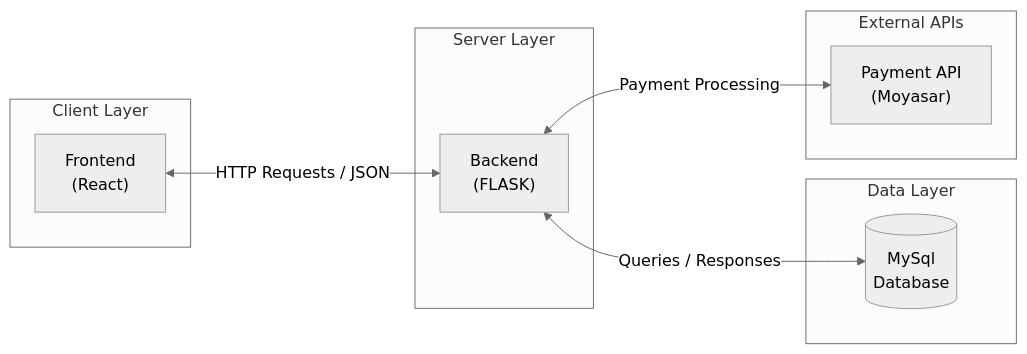
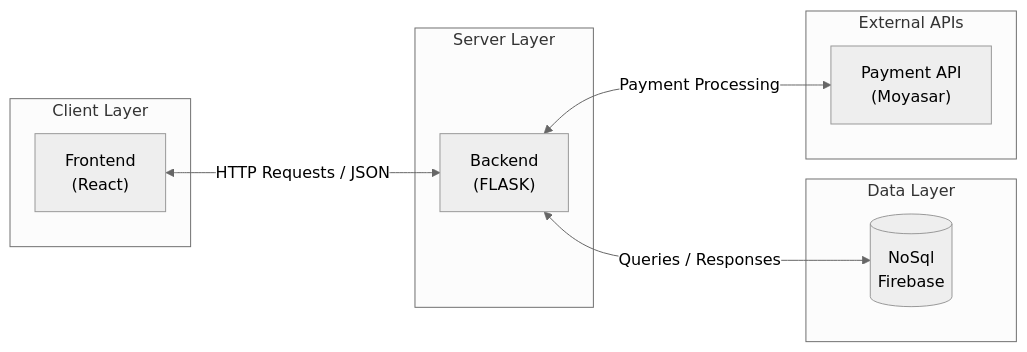
Before and after one commit to aziz5g-tech/holbertonschool-portfolio-project: the first of 2 diagrams in Stage 3/high-level architecture diagram .md, drawn with Mermaid (neutral theme).

Commit message:
Add NoSql Firebase to Data Layer diagram

````diff
--- a/Stage 3/high-level architecture diagram .md
+++ b/Stage 3/high-level architecture diagram .md
@@ -4,22 +4,23 @@
 ```mermaid
 flowchart LR
     subgraph Client["Client Layer"]
         FE["Frontend<br/>(React)"]
     end
 
     subgraph Server["Server Layer"]
         BE["Backend<br/>(FLASK)"]
     end
 
     subgraph Data["Data Layer"]
         DB[(MySql<br/>Database)]
+        DB[(NoSql<br/>Firebase)]
     end
 
     subgraph External["External APIs"]
         MOYASAR["Payment API<br/>(Moyasar)"]
     end
 
     FE <-->|"HTTP Requests / JSON"| BE
     BE <-->|"Queries / Responses"| DB
     BE <-->|"Payment Processing"| MOYASAR
 ```
````
